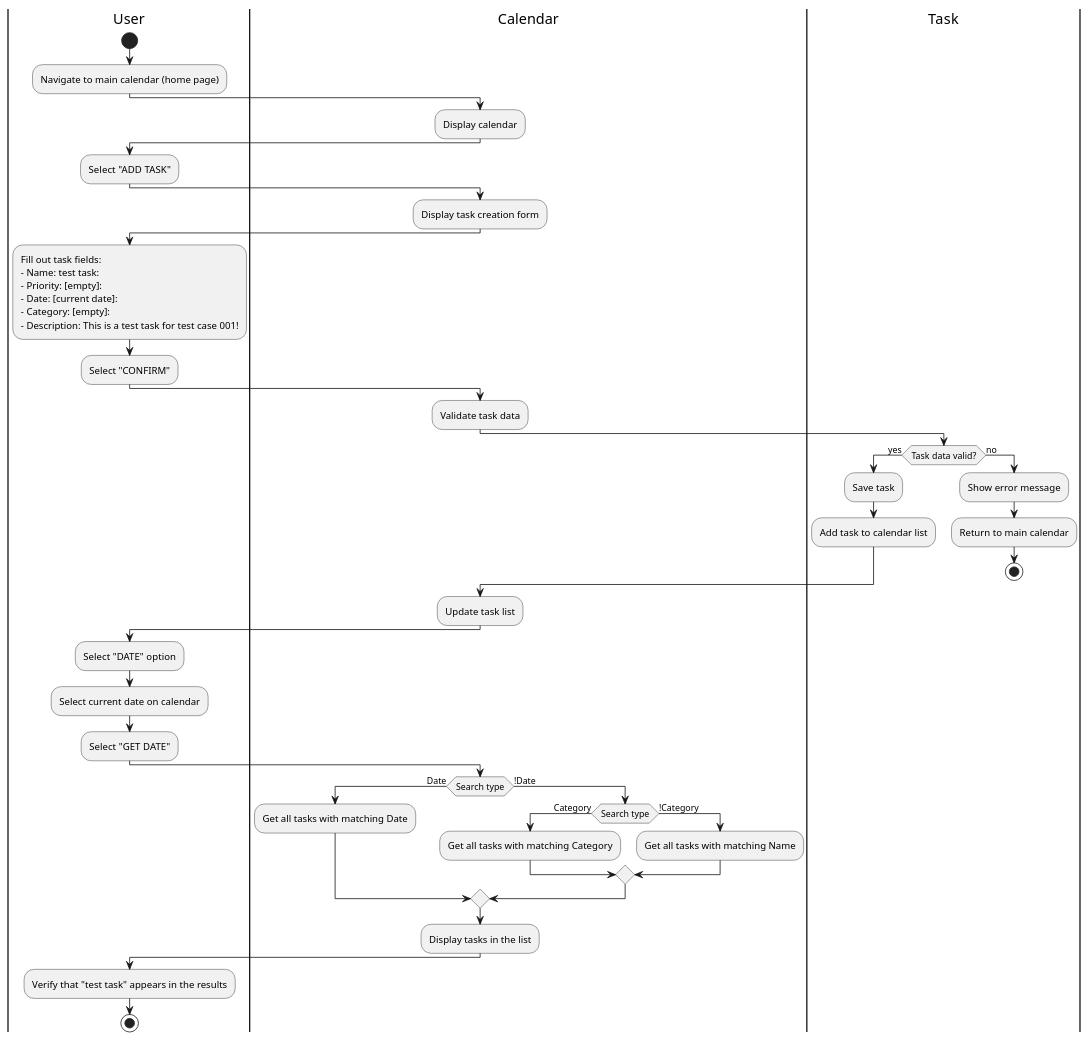
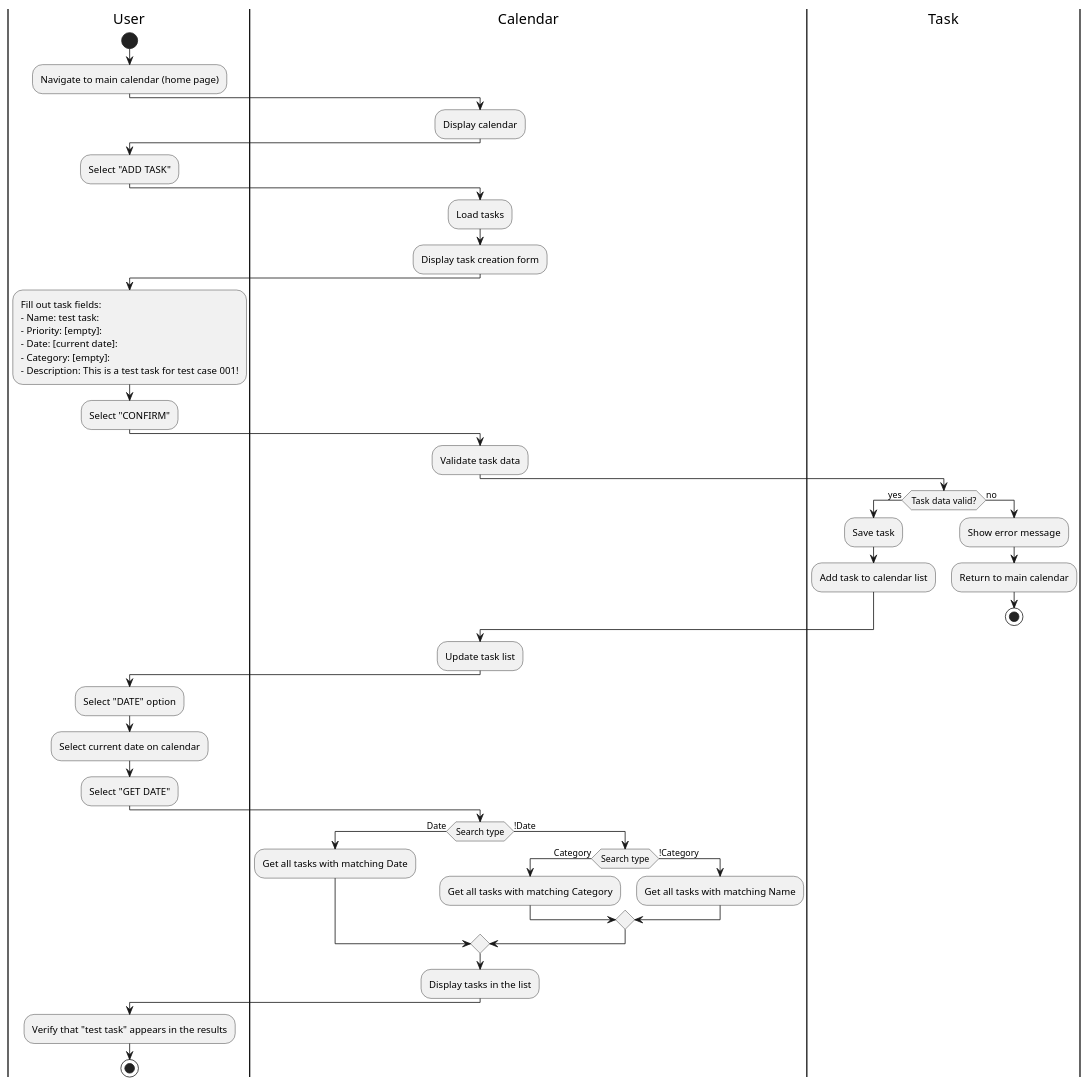
The diagram in assignment7/add_task.puml (CS361-2024Fall-Term/Innovators), drawn with PlantUML before and after one commit.

```diff
--- a/assignment7/add_task.puml
+++ b/assignment7/add_task.puml
@@ -1,61 +1,62 @@
 @startuml
 |User|
 start
 :Navigate to main calendar (home page);
 
 |Calendar|
 :Display calendar;
 
 |User|
 :Select "ADD TASK";
 
 |Calendar|
+:Load tasks;
 :Display task creation form;
 
 |User|
 :Fill out task fields:
 - Name: test task:
 - Priority: [empty]:
 - Date: [current date]:
 - Category: [empty]:
 - Description: This is a test task for test case 001!;
 :Select "CONFIRM";
 
 |Calendar|
 :Validate task data;
 
 |Task|
 if (Task data valid?) then (yes)
   :Save task;
   :Add task to calendar list;
 else (no)
   :Show error message;
   :Return to main calendar;
   stop
 endif
 
 |Calendar|
 :Update task list;
 
 |User|
 :Select "DATE" option;
 :Select current date on calendar;
 :Select "GET DATE";
 
 |Calendar|
 if (Search type) then (Date)
   :Get all tasks with matching Date;
 else (!Date)
   if (Search type) then (Category)
     :Get all tasks with matching Category;
   else (!Category)
     :Get all tasks with matching Name;
   endif
 endif
 :Display tasks in the list;
 
 |User|
 :Verify that "test task" appears in the results;
 stop
 
 @enduml
```
